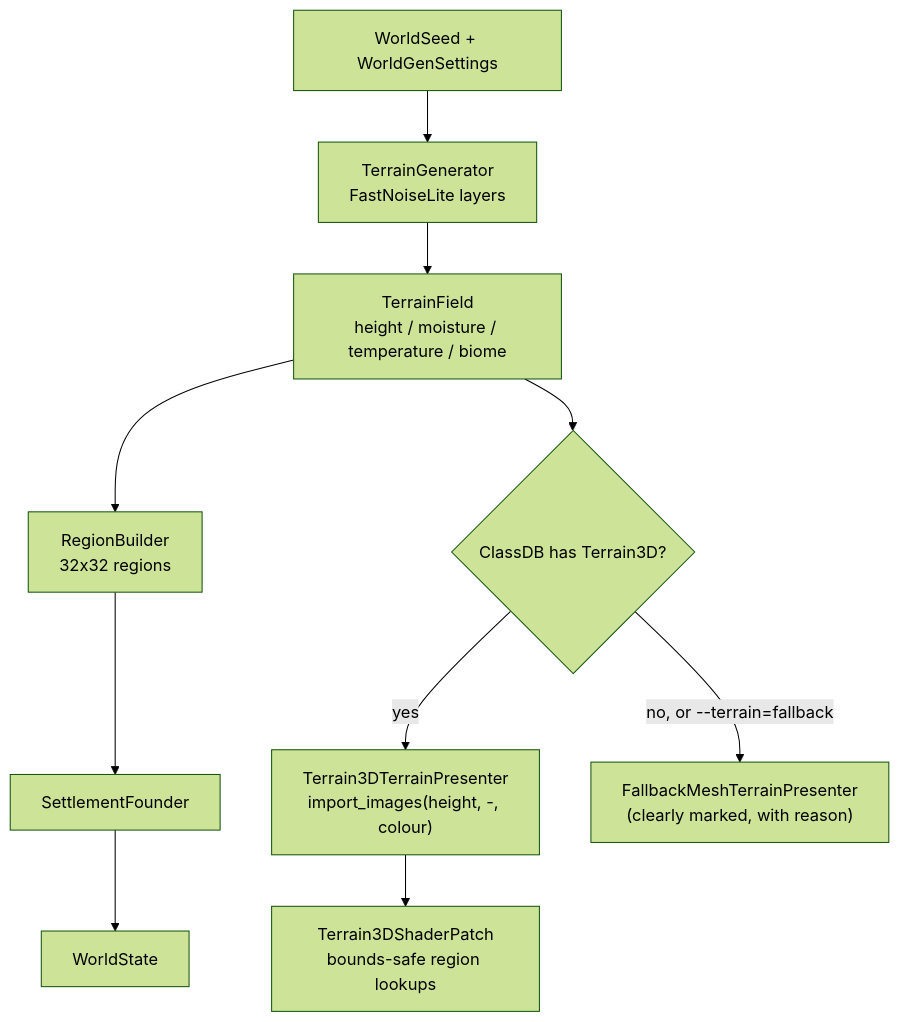
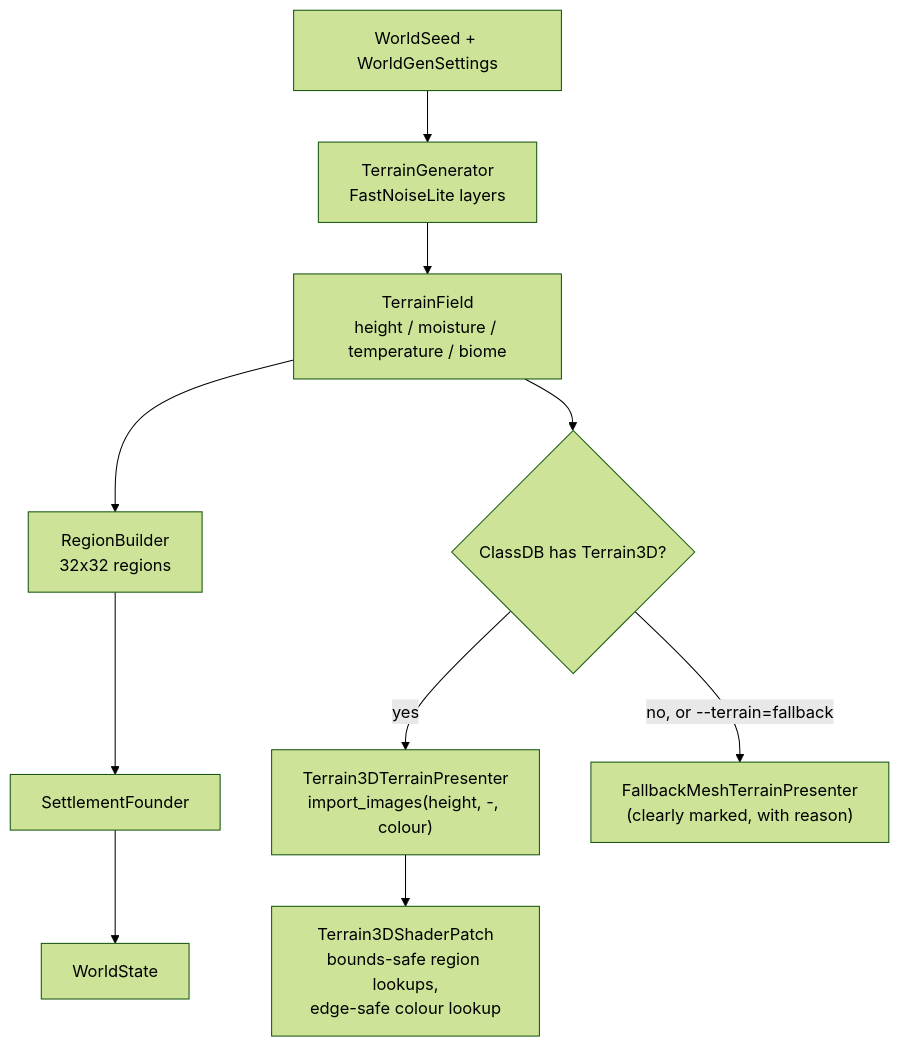
The fourth of 4 diagrams in docs/ARCHITECTURE.md (roeyazroel/pantheon), drawn with Mermaid (forest theme) before and after one commit. The commit also changed other lines of this file and 1 other file, not shown here.

Commit message:
docs: record the Terrain3D edge colour fix in ADR-005 and the architecture

````diff
--- a/docs/ARCHITECTURE.md
+++ b/docs/ARCHITECTURE.md
@@ -225,12 +226,12 @@
 ```mermaid
 flowchart TD
     Seed["WorldSeed + WorldGenSettings"] --> TG["TerrainGenerator<br/>FastNoiseLite layers"]
     TG --> TF["TerrainField<br/>height / moisture / temperature / biome"]
     TF --> RB["RegionBuilder<br/>32x32 regions"]
     RB --> SF["SettlementFounder"]
     SF --> WS["WorldState"]
     TF --> TPF{"ClassDB has Terrain3D?"}
     TPF -- yes --> T3["Terrain3DTerrainPresenter<br/>import_images(height, -, colour)"]
-    T3 --> SP["Terrain3DShaderPatch<br/>bounds-safe region lookups"]
+    T3 --> SP["Terrain3DShaderPatch<br/>bounds-safe region lookups,<br/>edge-safe colour lookup"]
     TPF -- "no, or --terrain=fallback" --> FB["FallbackMeshTerrainPresenter<br/>(clearly marked, with reason)"]
 ```
````
